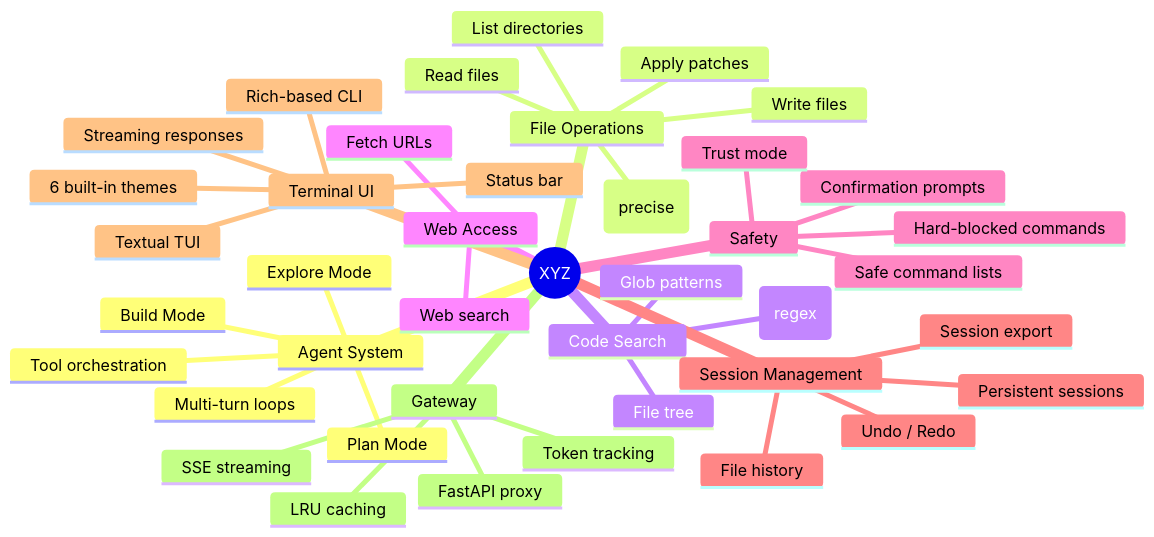
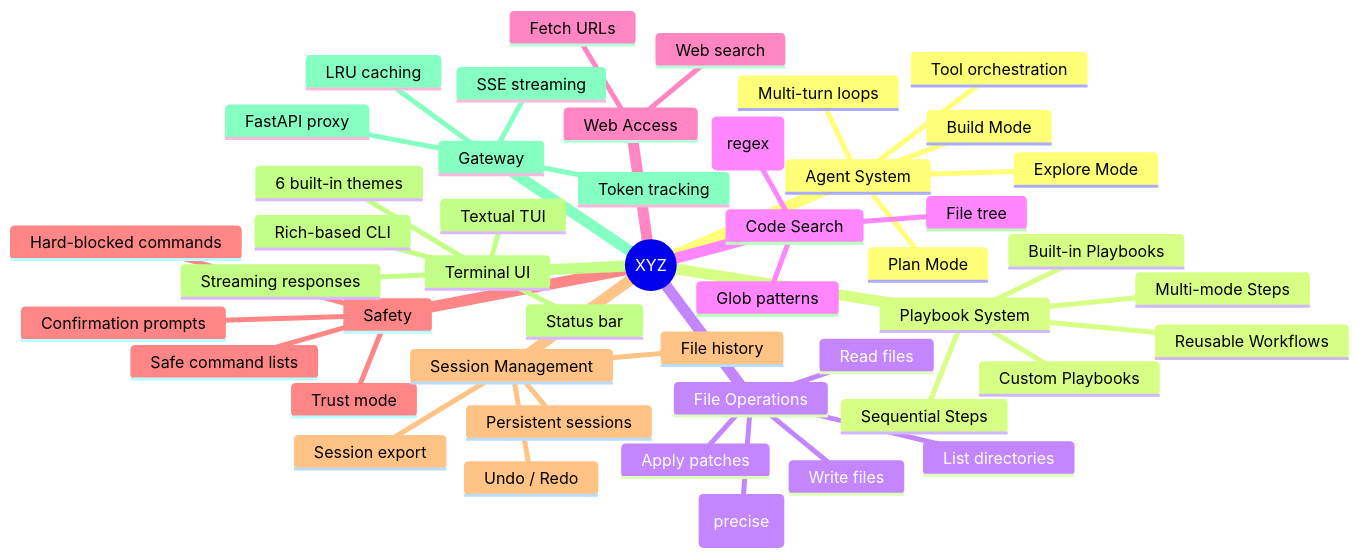
The first of 11 diagrams in README.md (krsatyam36/xyz), drawn with Mermaid before and after one commit. The commit also changed other lines of this file and 7 other files, not shown here.

````diff
--- a/README.md
+++ b/README.md
@@ -65,44 +65,50 @@
 ```mermaid
 mindmap
   root((XYZ))
     Agent System
       Build Mode
       Plan Mode
       Explore Mode
       Multi-turn loops
       Tool orchestration
+    Playbook System
+      Reusable Workflows
+      Built-in Playbooks
+      Sequential Steps
+      Multi-mode Steps
+      Custom Playbooks
     File Operations
       Read files
       Write files
       Edit files (precise)
       Apply patches
       List directories
     Code Search
       grep (regex)
       Glob patterns
       File tree
     Web Access
       Fetch URLs
       Web search
     Safety
       Hard-blocked commands
       Safe command lists
       Confirmation prompts
       Trust mode
     Session Management
       Persistent sessions
       File history
       Undo / Redo
       Session export
     Terminal UI
       Rich-based CLI
       Textual TUI
       6 built-in themes
       Streaming responses
       Status bar
     Gateway
       FastAPI proxy
       LRU caching
       Token tracking
       SSE streaming
 ```
````
